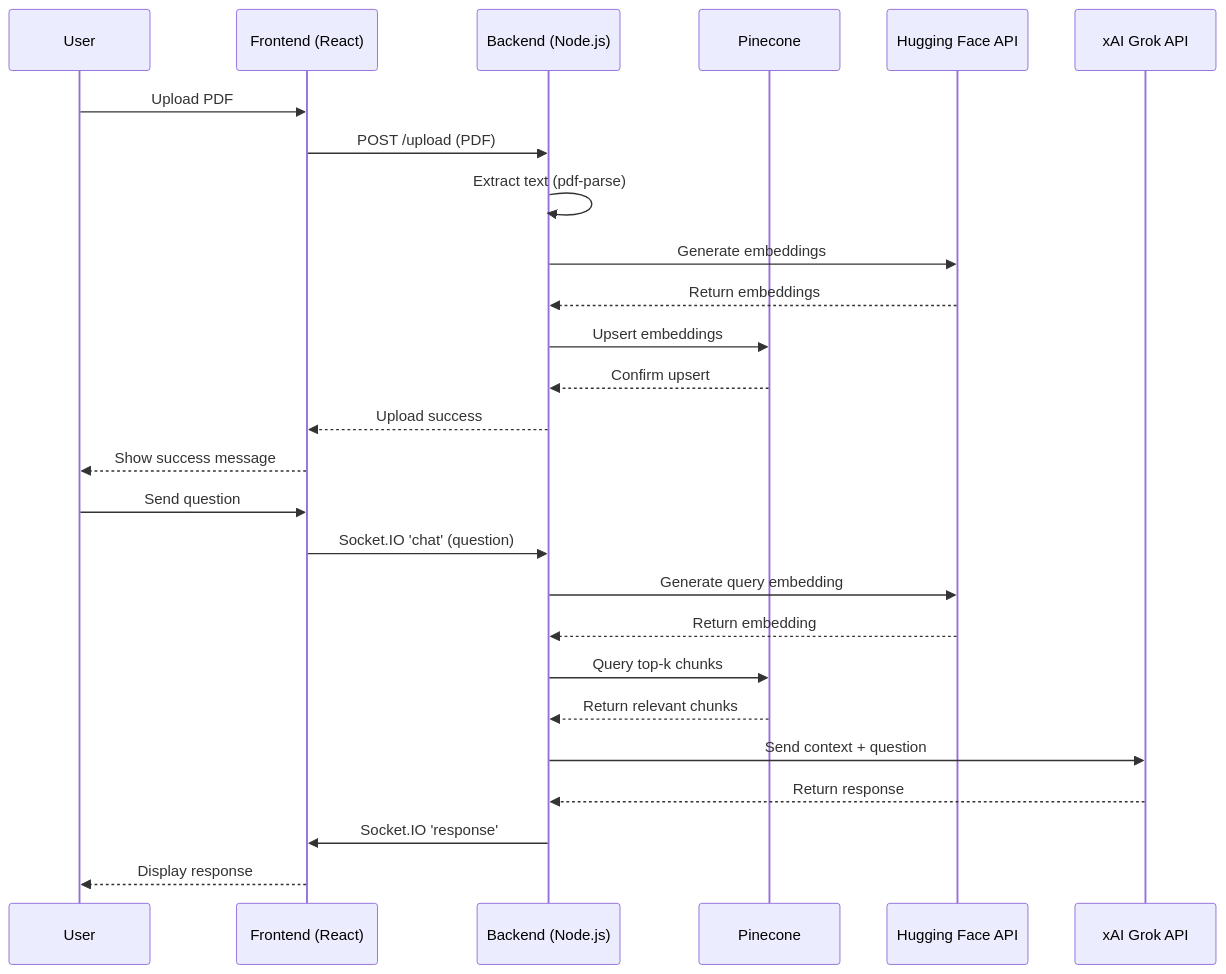
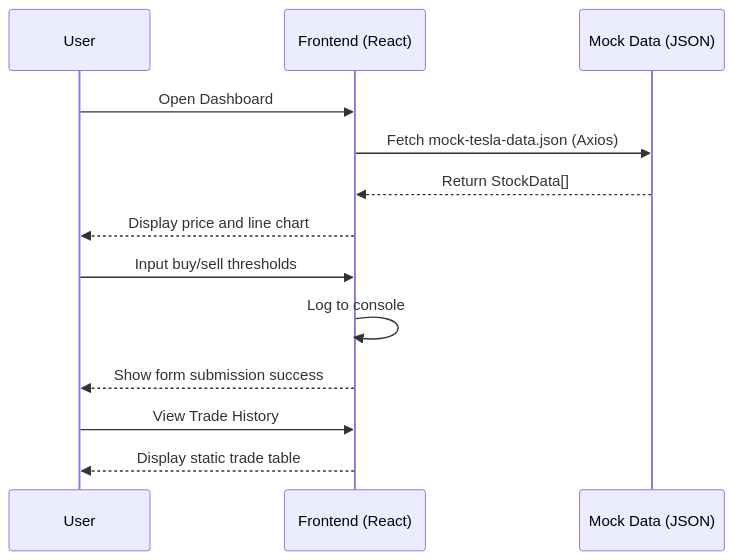
One commit to atafs/deagrela-real-time-ai-trading changed the diagram in docs/presentation/sprint00/1-requirements-architecture.md. Above: the diagram before and after it, drawn with Mermaid. The commit also changed other lines of this file and 2 other files, not shown here.

````diff
--- a/docs/presentation/sprint00/1-requirements-architecture.md
+++ b/docs/presentation/sprint00/1-requirements-architecture.md
@@ -98,32 +119,21 @@
 ```mermaid
 sequenceDiagram
     participant U as User
     participant F as Frontend (React)
-    participant B as Backend (Node.js)
-    participant P as Pinecone
-    participant H as Hugging Face API
-    participant G as xAI Grok API
+    participant M as Mock Data (JSON)
 
-    %% Document Upload
-    U->>F: Upload PDF
-    F->>B: POST /upload (PDF)
-    B->>B: Extract text (pdf-parse)
-    B->>H: Generate embeddings
-    H-->>B: Return embeddings
-    B->>P: Upsert embeddings
-    P-->>B: Confirm upsert
-    B-->>F: Upload success
-    F-->>U: Show success message
+    %% Dashboard Loading
+    U->>F: Open Dashboard
+    F->>M: Fetch mock-tesla-data.json (Axios)
+    M-->>F: Return StockData[]
+    F-->>U: Display price and line chart
 
-    %% Query Processing
-    U->>F: Send question
-    F->>B: Socket.IO 'chat' (question)
-    B->>H: Generate query embedding
-    H-->>B: Return embedding
-    B->>P: Query top-k chunks
-    P-->>B: Return relevant chunks
-    B->>G: Send context + question
-    G-->>B: Return response
-    B->>F: Socket.IO 'response'
-    F-->>U: Display response
+    %% Rule Settings
+    U->>F: Input buy/sell thresholds
+    F->>F: Log to console
+    F-->>U: Show form submission success
+
+    %% Trade History
+    U->>F: View Trade History
+    F-->>U: Display static trade table
 ```
````
